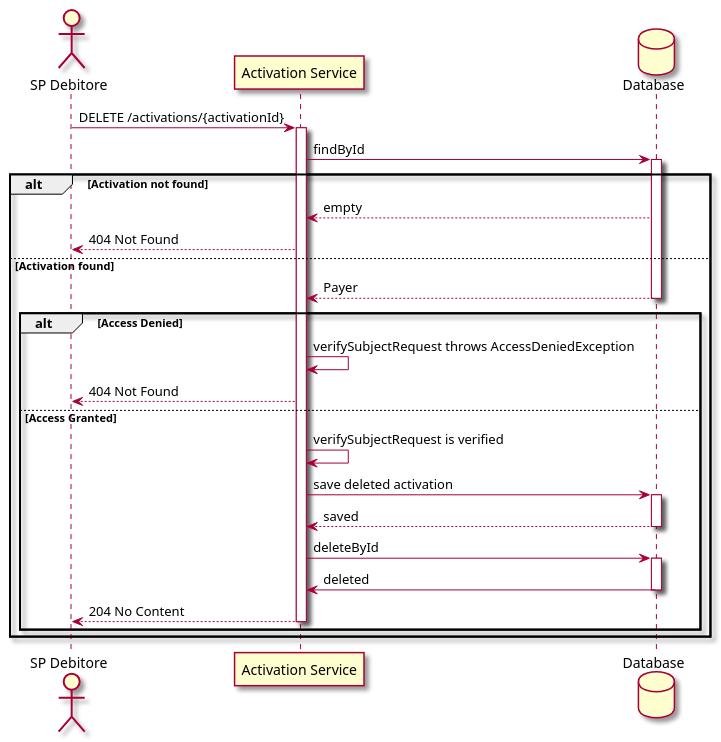
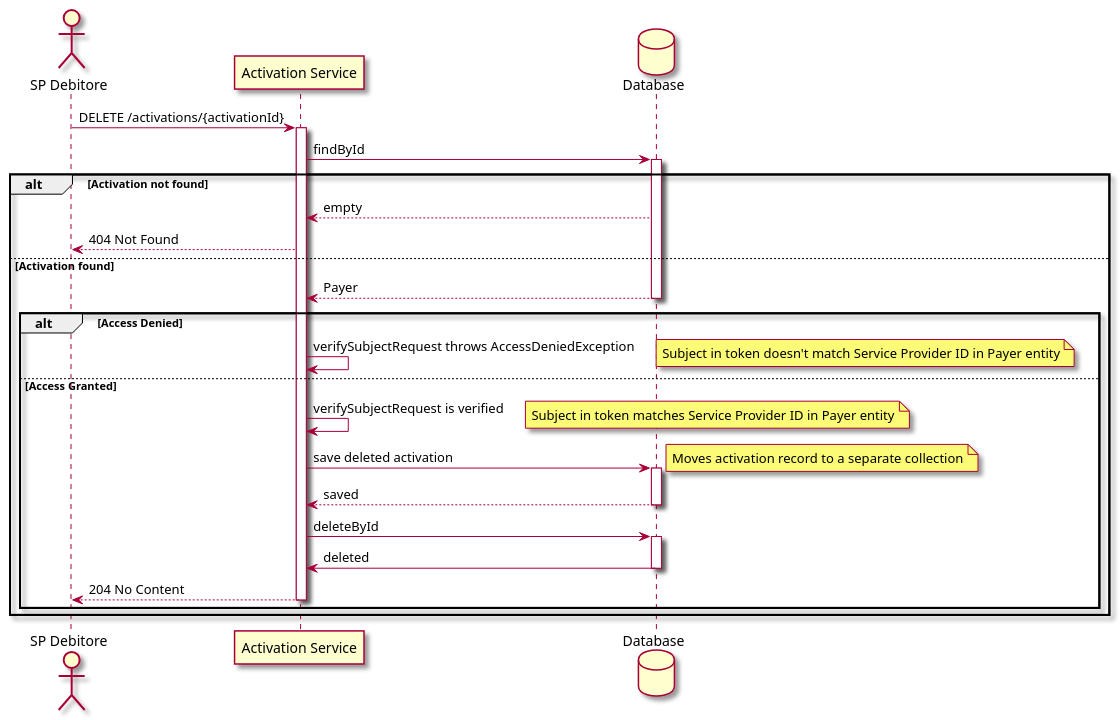
One commit to pagopa/rtp-docs changed the diagram in diagrams/deactivation.puml. Above: the diagram before and after it, drawn with PlantUML.

Commit message:
feat: [SRTP-508] add notes in deactivation diagram

```diff
--- a/diagrams/deactivation.puml
+++ b/diagrams/deactivation.puml
@@ -1,45 +1,48 @@
 @startuml
 
 skin rose
 actor "SP Debitore" as SPD
 participant "Activation Service" as AS
 database "Database" as DB
 
 SPD -> AS: DELETE /activations/{activationId}
 activate AS
 
 AS -> DB: findById
 activate DB
 
 alt Activation not found
     DB --> AS: empty
     AS --> SPD: 404 Not Found
 
 else Activation found
     DB --> AS: Payer
     deactivate DB
 
     alt Access Denied
         AS -> AS: verifySubjectRequest throws AccessDeniedException
-        AS --> SPD: 404 Not Found
+        note right: Subject in token doesn't match Service Provider ID in Payer entity
 
     else Access Granted
         AS -> AS: verifySubjectRequest is verified
+        note right: Subject in token matches Service Provider ID in Payer entity
+
         AS -> DB: save deleted activation
+        note right: Moves activation record to a separate collection
         activate DB
 
         DB --> AS: saved
         deactivate DB
 
         AS -> DB: deleteById
         activate DB
 
         DB -> AS: deleted
         deactivate DB
 
         AS --> SPD: 204 No Content
         deactivate AS
     end
 end
 
 @enduml
```
